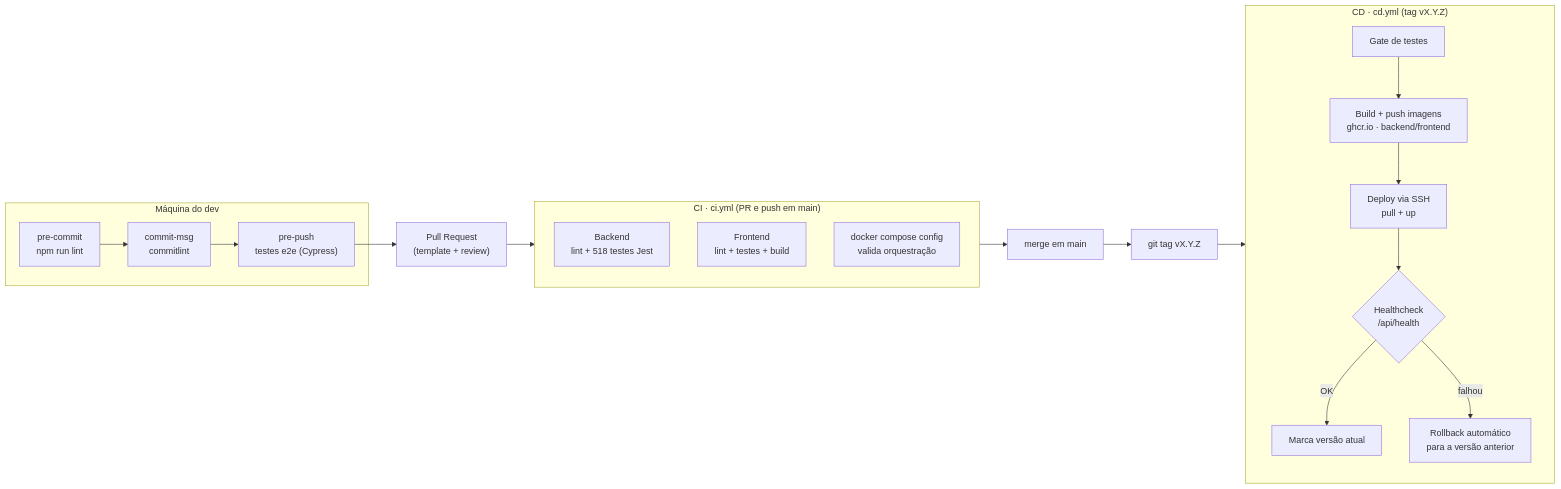
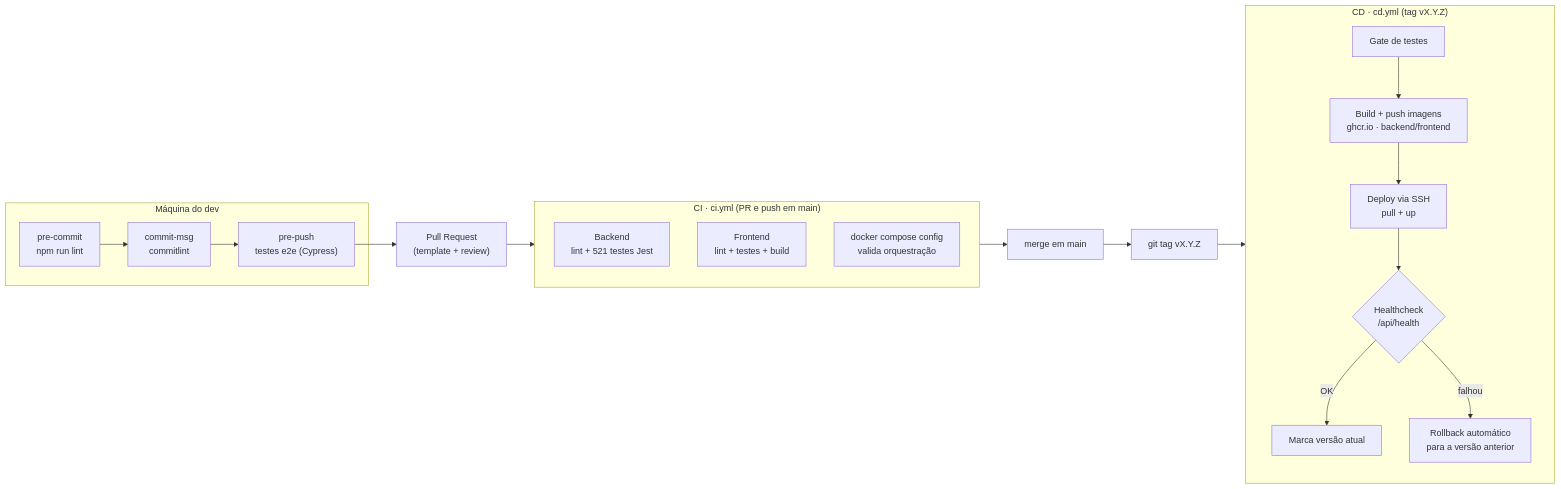
The diagram in docs/arquitetura/entrega-continua.md (LuizZamzicki/agnus-composer), drawn with Mermaid before and after one commit. The commit also changed 22 other files, not shown here.

````diff
--- a/docs/arquitetura/entrega-continua.md
+++ b/docs/arquitetura/entrega-continua.md
@@ -5,17 +5,17 @@
 ```mermaid
 flowchart LR
     subgraph DEV["Máquina do dev"]
         H1["pre-commit<br/>npm run lint"] --> H2["commit-msg<br/>commitlint"] --> H3["pre-push<br/>testes e2e (Cypress)"]
     end
     subgraph CI["CI · ci.yml (PR e push em main)"]
-        B["Backend<br/>lint + 518 testes Jest"]
+        B["Backend<br/>lint + 521 testes Jest"]
         F["Frontend<br/>lint + testes + build"]
         C["docker compose config<br/>valida orquestração"]
     end
     subgraph CD["CD · cd.yml (tag vX.Y.Z)"]
         T["Gate de testes"] --> P["Build + push imagens<br/>ghcr.io · backend/frontend"] --> D["Deploy via SSH<br/>pull + up"] --> V{"Healthcheck<br/>/api/health"}
         V -- OK --> OK["Marca versão atual"]
         V -- falhou --> RB["Rollback automático<br/>para a versão anterior"]
     end
     H3 --> PR["Pull Request<br/>(template + review)"] --> CI --> M["merge em main"] --> TAG["git tag vX.Y.Z"] --> CD
 ```
````
